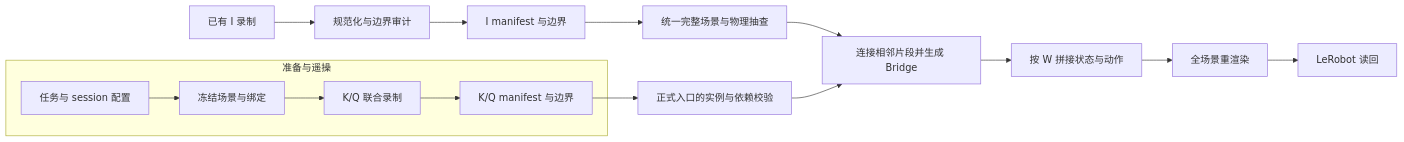
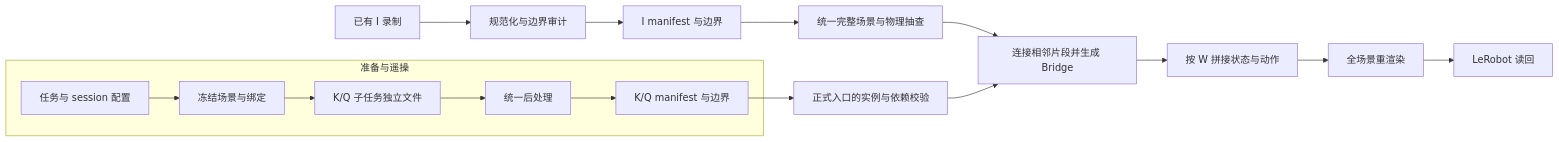
Before and after one commit to bowang-0102/BEHAVIOR-1K: the diagram in memory_bench/docs/compose_debug.md, drawn with Mermaid. The commit also changed other lines of this file and 29 other files, not shown here.

````diff
--- a/memory_bench/docs/compose_debug.md
+++ b/memory_bench/docs/compose_debug.md
@@ -16,17 +16,18 @@
 ```mermaid
 flowchart LR
     subgraph A[准备与遥操]
         Task[任务与 session 配置] --> Instance[冻结场景与绑定]
-        Instance --> Teleop[K/Q 联合录制]
-        Teleop --> KQ[K/Q manifest 与边界]
+        Instance --> Teleop[K/Q 子任务独立文件]
+        Teleop --> Process[统一后处理]
+        Process --> KQ[K/Q manifest 与边界]
     end
     Raw[已有 I 录制] --> Prepare[规范化与边界审计]
     Prepare --> I[I manifest 与边界]
     I --> World[统一完整场景与物理抽查]
     World --> Connect[连接相邻片段并生成 Bridge]
     KQ --> Formal[正式入口的实例与依赖校验]
     Formal --> Connect
     Connect --> Compose[按 W 拼接状态与动作]
     Compose --> Render[全场景重渲染]
     Render --> Readback[LeRobot 读回]
 ```
````
